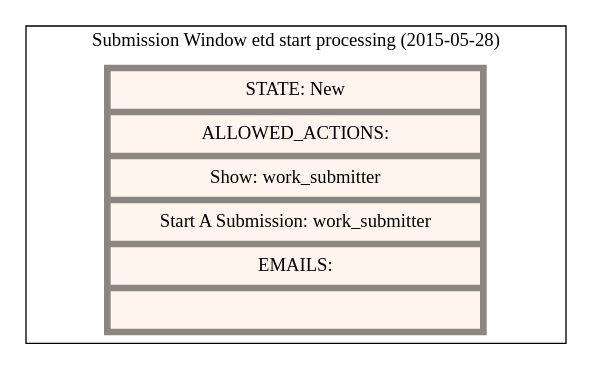
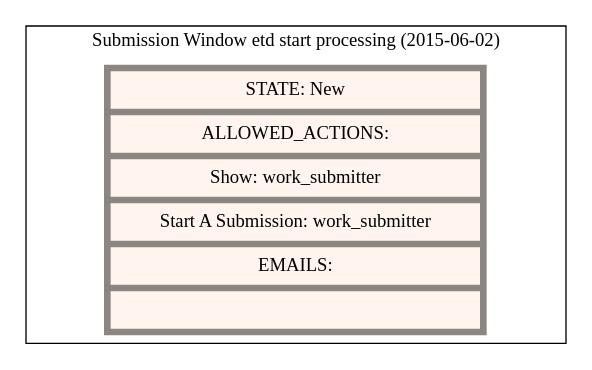
Before and after one commit to scholarworks/sipity: the diagram in artifacts/state_machines/submission-window-etd-start-processing.dot, drawn with Graphviz. The commit also changed 5 other files, not shown here.

First line of the commit message:
Updating state diagrams

```diff
--- a/artifacts/state_machines/submission-window-etd-start-processing.dot
+++ b/artifacts/state_machines/submission-window-etd-start-processing.dot
@@ -1,17 +1,17 @@
 digraph "G" {
   compound=true;
   node[color="grey15" margin="0.15, 0.125"];
   subgraph cluster_0 {
-    label="Submission Window etd start processing (2015-05-28)"
+    label="Submission Window etd start processing (2015-06-02)"
     node[style=filled fillcolor=white color="seashell4"]
     subgraph 0 {
       label="States";
       node[shape="record" fillcolor="seashell1" penwidth=5]
       state_new [label="{ STATE: New | ALLOWED_ACTIONS: | Show: work_submitter | Start A Submission: work_submitter | EMAILS: |  }"]
     }
     subgraph 1 {
       label="Actions"
       node[shape="record" shape=record penwidth=1]
     }
   }
 }
```
